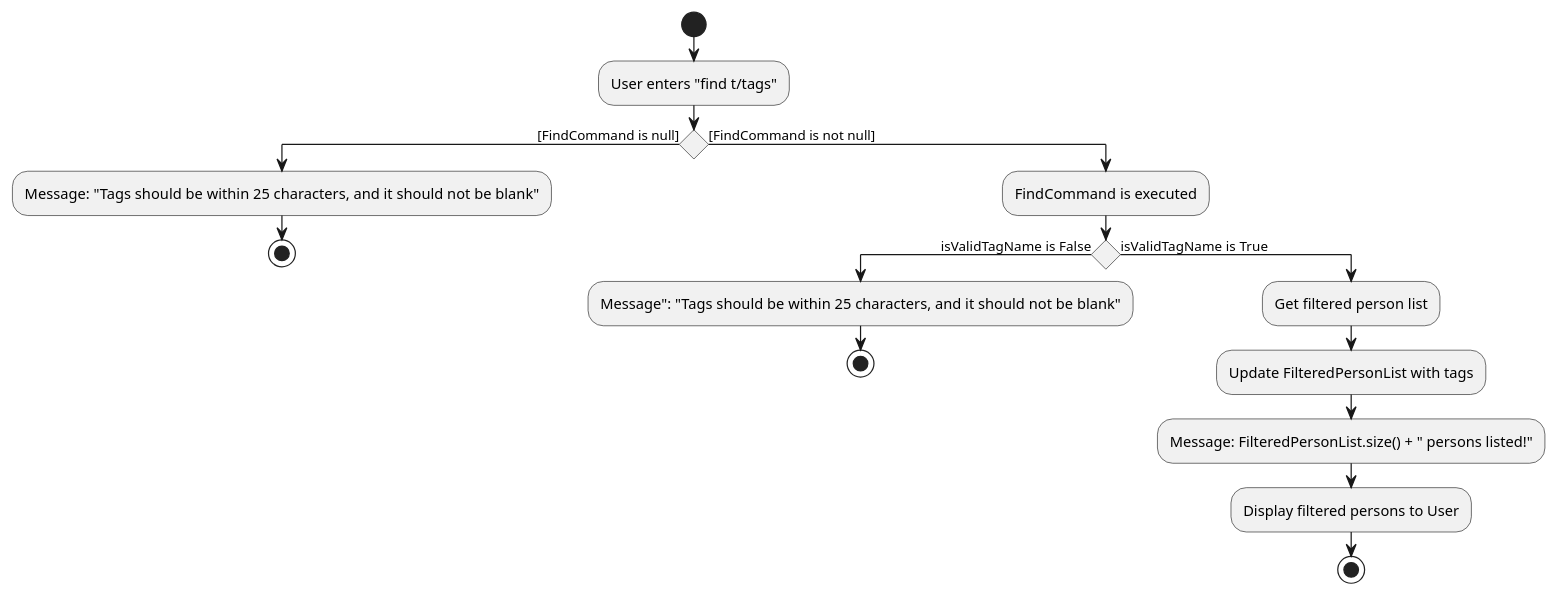
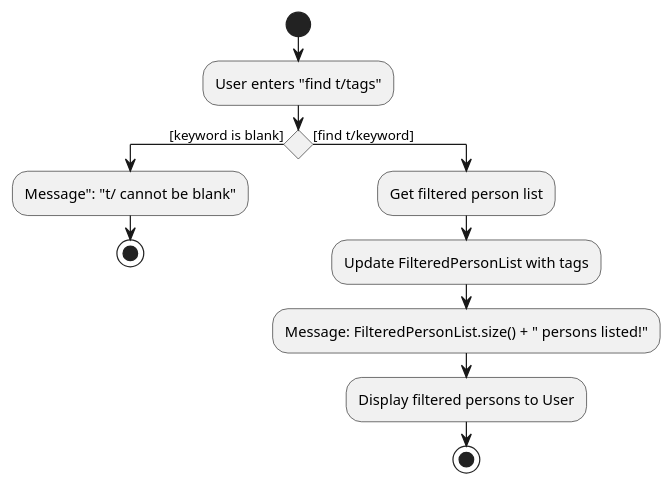
One commit to delonlee01/tp changed the diagram in docs/diagrams/FindActivityDiagram.puml. Above: the diagram before and after it, drawn with PlantUML.

Commit message:
Edit activity diagram

```diff
--- a/docs/diagrams/FindActivityDiagram.puml
+++ b/docs/diagrams/FindActivityDiagram.puml
@@ -1,24 +1,17 @@
 @startuml
 start
 
 :User enters "find t/tags";
+if () then ([keyword is blank])
+    :Message": "t/ cannot be blank";
+    stop
+else ([find t/keyword])
+    :Get filtered person list;
 
-if () then ([FindCommand is null])
-    :Message: "Tags should be within 25 characters, and it should not be blank";
+    :Update FilteredPersonList with tags;
+
+    :Message: FilteredPersonList.size() + " persons listed!";
+
+    :Display filtered persons to User;
     stop
-else ([FindCommand is not null])
-    :FindCommand is executed;
-
-    if () then (isValidTagName is False)
-        :Message": "Tags should be within 25 characters, and it should not be blank";
-        stop
-    else (isValidTagName is True)
-        :Get filtered person list;
-
-        :Update FilteredPersonList with tags;
-
-        :Message: FilteredPersonList.size() + " persons listed!";
-
-        :Display filtered persons to User;
-        stop
 @enduml
```
